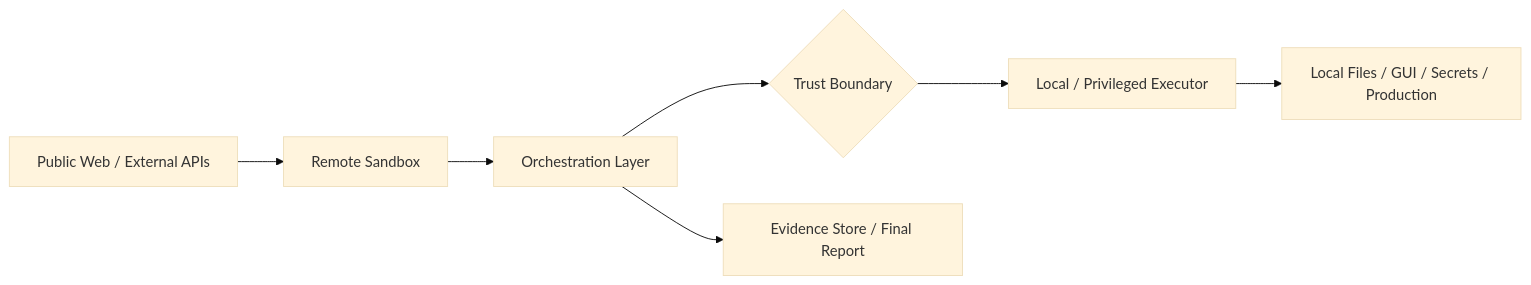
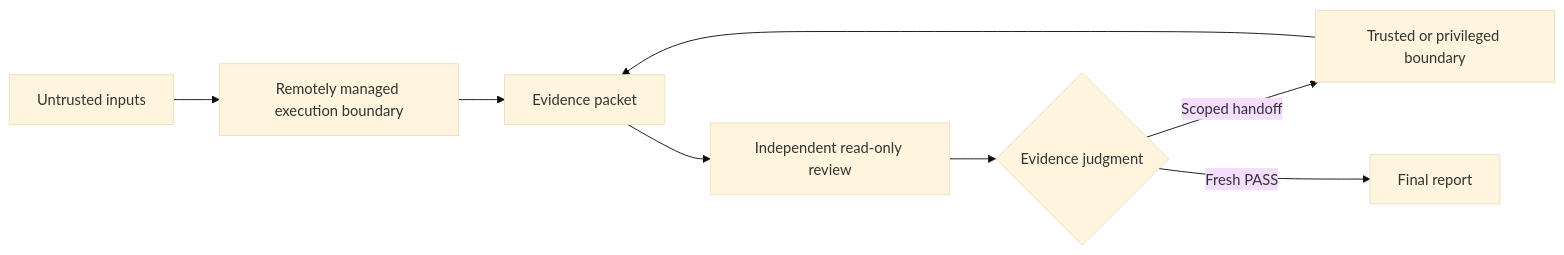
Before and after one commit to KzeroM/evidence-gated-multi-agent-operations: the diagram in diagrams/trust-boundary.mmd, drawn with Mermaid (base theme). The commit also changed 41 other files, not shown here.

```diff
--- a/diagrams/trust-boundary.mmd
+++ b/diagrams/trust-boundary.mmd
@@ -1,7 +1,8 @@
 flowchart LR
-    A[Public Web / External APIs] --> B[Remote Sandbox]
-    B --> C[Orchestration Layer]
-    C --> D{Trust Boundary}
-    D --> E[Local / Privileged Executor]
-    E --> F[Local Files / GUI / Secrets / Production]
-    C --> G[Evidence Store / Final Report]
+    A[Untrusted inputs] --> B[Remotely managed execution boundary]
+    B --> C[Evidence packet]
+    C --> D[Independent read-only review]
+    D --> E{Evidence judgment}
+    E -->|Scoped handoff| F[Trusted or privileged boundary]
+    F --> C
+    E -->|Fresh PASS| G[Final report]
```
